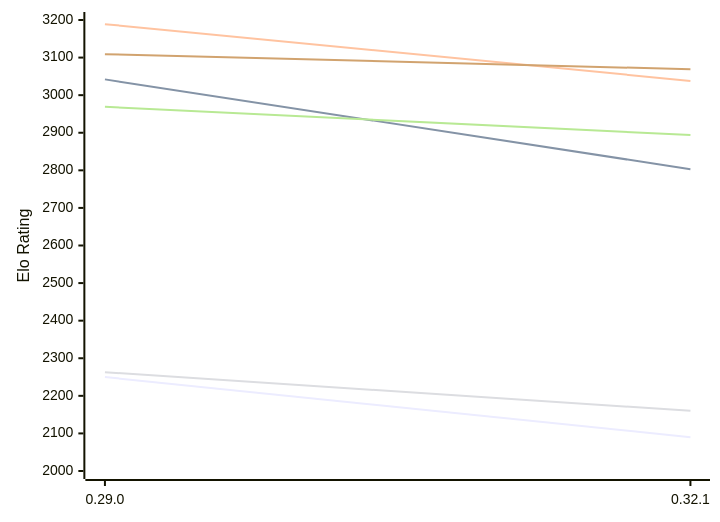
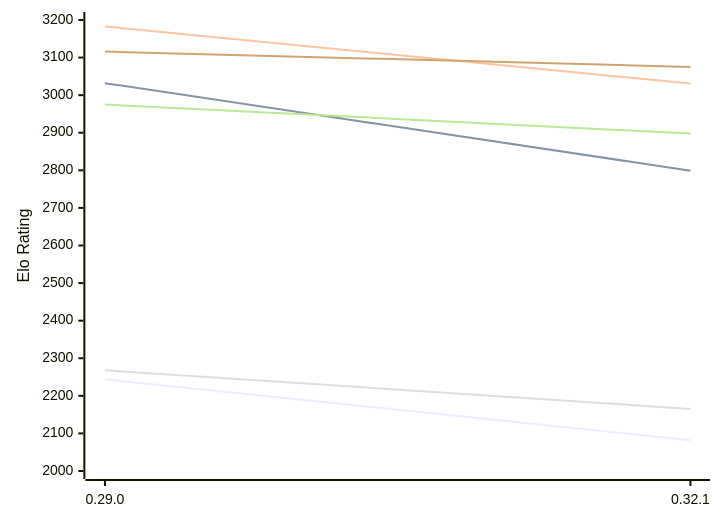
The first of 2 diagrams in engines/Lc0.md (computer-chess-index/cci), drawn with Mermaid before and after one commit. The commit also changed other lines of this file, not shown here.

Commit message:
Update CCI Ratings (ELO VLTC) - 2026-11-18

````diff
--- a/engines/Lc0.md
+++ b/engines/Lc0.md
@@ -50,12 +50,12 @@
 ```mermaid
 %%{init: {"theme":"base","themeVariables":{"seriesColors:['#a3a3a3','#222221','#faa371']}}}%%
 xychart-beta
   x-axis ["0.29.0", "0.32.1"]
   y-axis "Elo Rating" 2000 --> 3200
-  line "E1: STC (8.0+0.08s)" [2250, 2090]
-  line "E1: LTC (60.0+0.60s)" [3042, 2803]
-  line "E1: VLTC (2m24s+1.12s)" [3189, 3038]
-  line "P1: STC (8.0+0.08s)" [2263, 2160]
-  line "P1: LTC (60.0+0.60s)" [2969, 2894]
-  line "P1: VLTC (2m24s+1.12s)" [3109, 3069]
+  line "E1: STC (8.0+0.08s)" [2244, 2082]
+  line "E1: LTC (60.0+0.60s)" [3032, 2799]
+  line "E1: VLTC (2m24s+1.12s)" [3183, 3031]
+  line "P1: STC (8.0+0.08s)" [2268, 2165]
+  line "P1: LTC (60.0+0.60s)" [2975, 2898]
+  line "P1: VLTC (2m24s+1.12s)" [3116, 3075]
 ```
````
